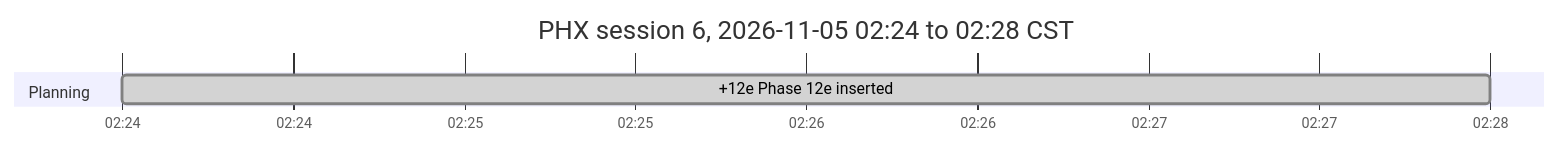
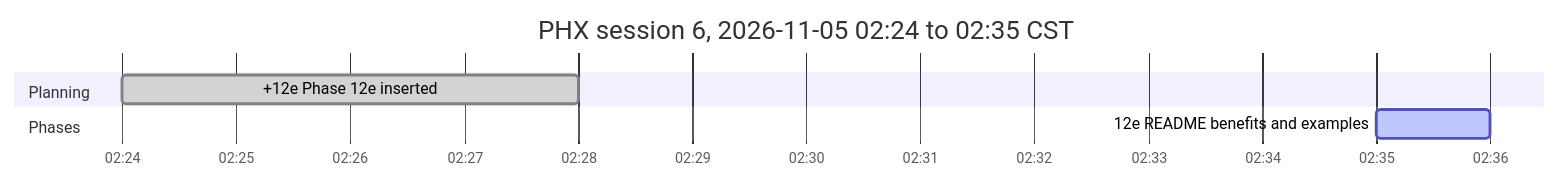
One commit to antonizick/PhaseHypervisor changed the sixth of 6 diagrams in docs/PHX_FINAL-REPORT.md. Above: the diagram before and after it, drawn with Mermaid. The commit also changed other lines of this file and 2 other files, not shown here.

Commit message:
docs(plan): refresh timeline

````diff
--- a/docs/PHX_FINAL-REPORT.md
+++ b/docs/PHX_FINAL-REPORT.md
@@ -162,8 +162,10 @@
 ```mermaid
 gantt
-    title PHX session 6, 2026-11-05 02:24 to 02:28 CST
+    title PHX session 6, 2026-11-05 02:24 to 02:35 CST
     dateFormat YYYY-MM-DD HH:mm
     axisFormat %H:%M
     section Planning
     +12e Phase 12e inserted :done, plan4, 2026-11-05 02:24, 2026-11-05 02:28
+    section Phases
+    12e README benefits and examples :active, p12es6, 2026-11-05 02:35, 2026-11-05 02:36
 ```
````
